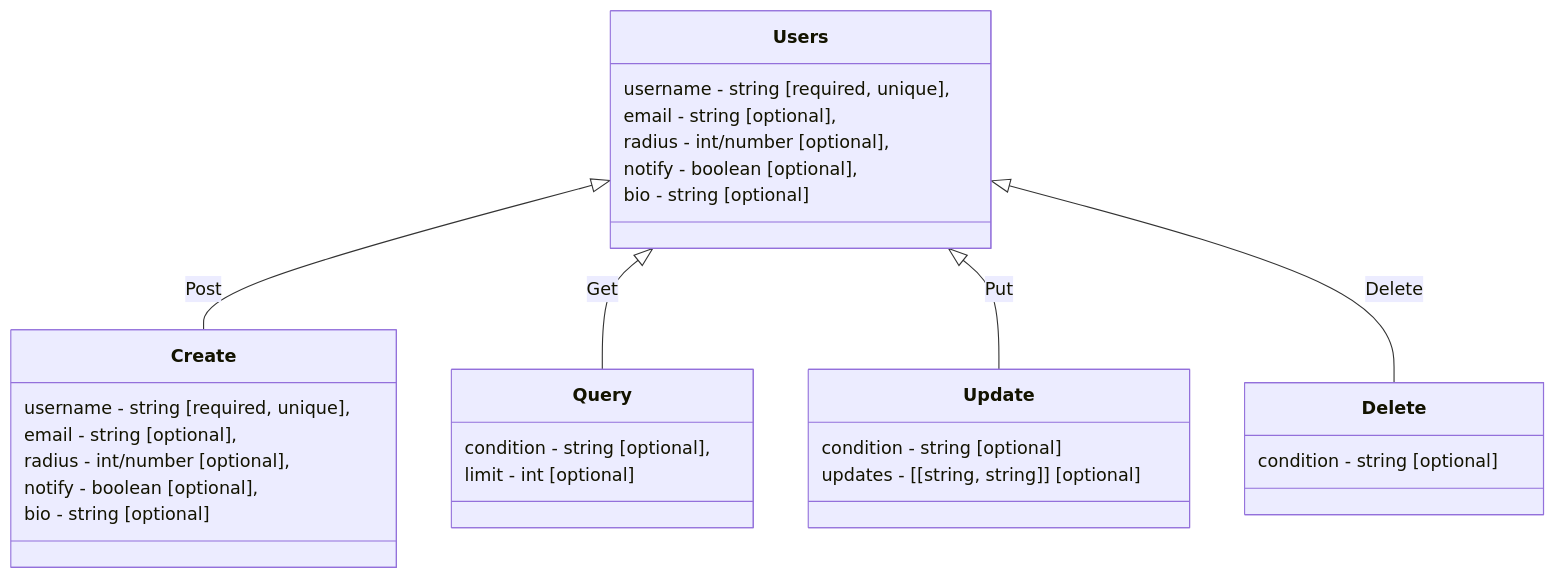
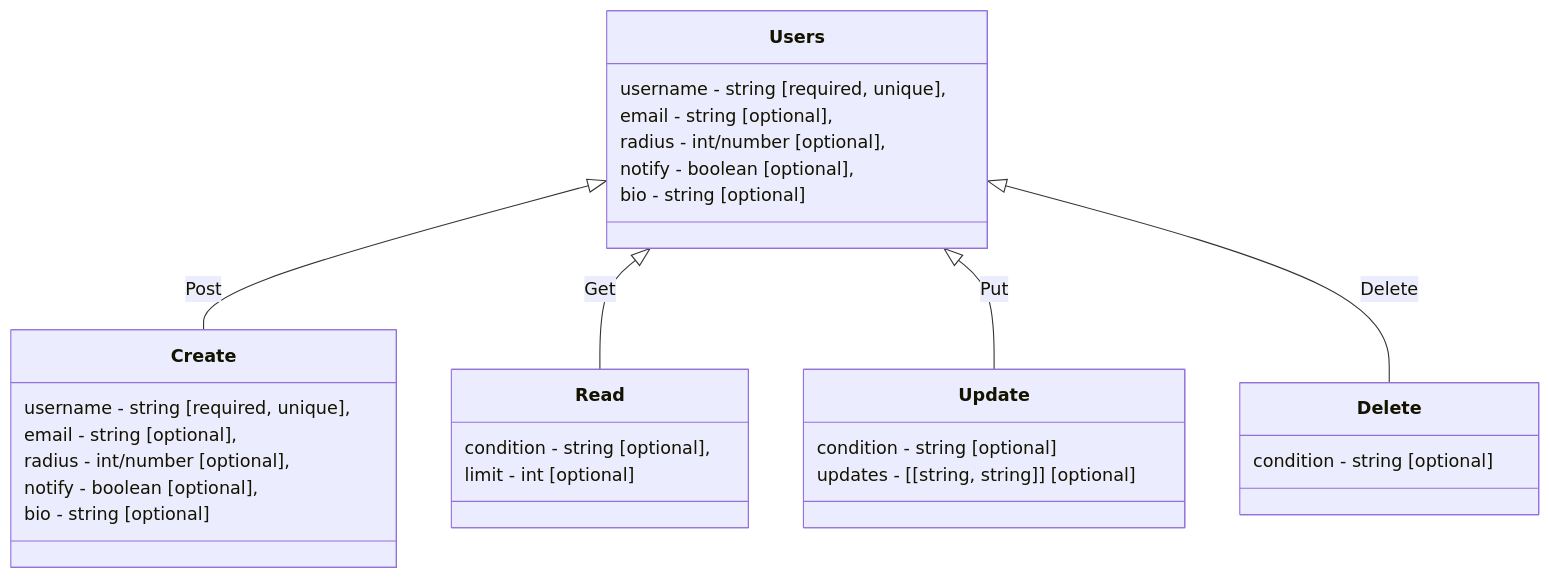
Before and after one commit to amandeepksingh/WildWhere: the third of 5 diagrams in Backend/Architecture/Diagrams.md, drawn with Mermaid. The commit also changed other lines of this file and 2 other files, not shown here.

````diff
--- a/Backend/Architecture/Diagrams.md
+++ b/Backend/Architecture/Diagrams.md
@@ -29,27 +29,27 @@
 ```mermaid
 classDiagram
 Users : username - string [required, unique],  
 Users : email - string [optional],
 Users : radius - int/number [optional],
 Users : notify - boolean [optional],
 Users : bio - string [optional]
 
 Users <|-- Create : Post
-Users <|-- Query : Get
+Users <|-- Read : Get
 Users <|-- Update : Put
 Users <|-- Delete : Delete
 
 Create : username - string [required, unique],  
 Create : email - string [optional],
 Create : radius - int/number [optional],
 Create : notify - boolean [optional],
 Create : bio - string [optional]
 
-Query : condition - string [optional],
-Query : limit - int [optional]
+Read : condition - string [optional],
+Read : limit - int [optional]
 
 Update : condition - string [optional]
 Update : updates - [[string, string]] [optional]
 
 Delete : condition - string [optional]
 ```
````
